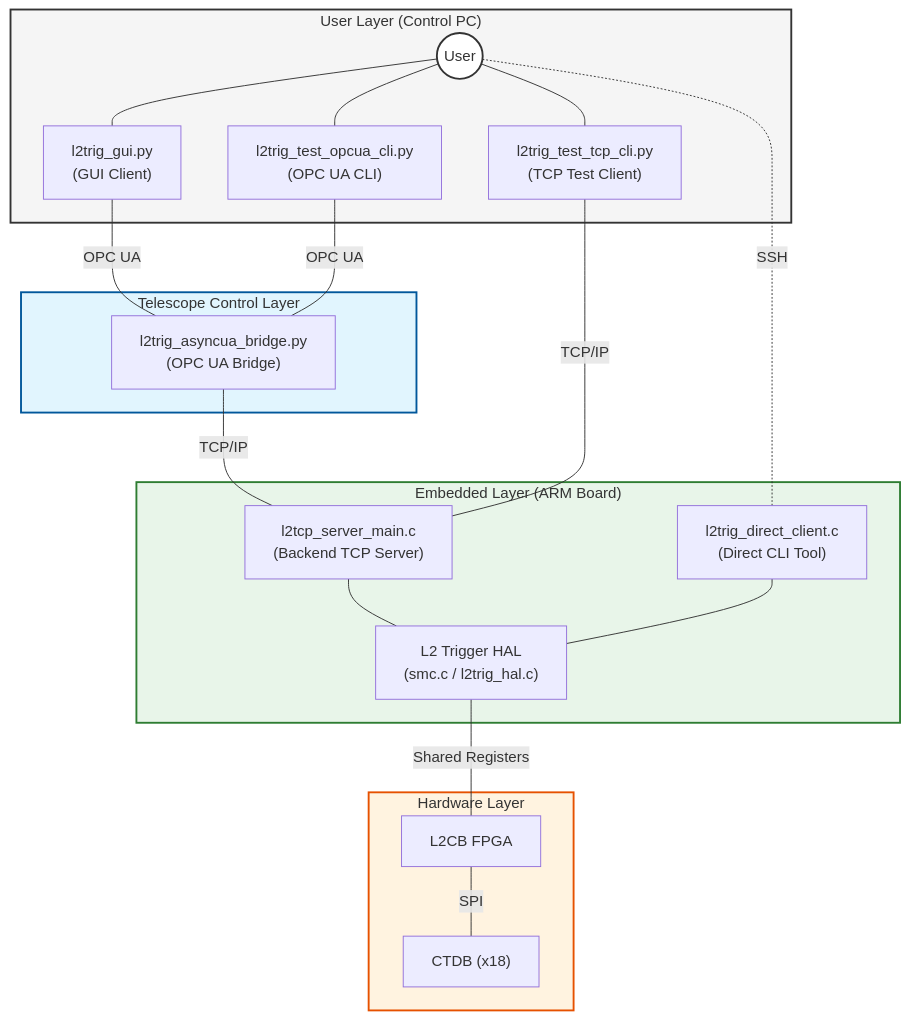
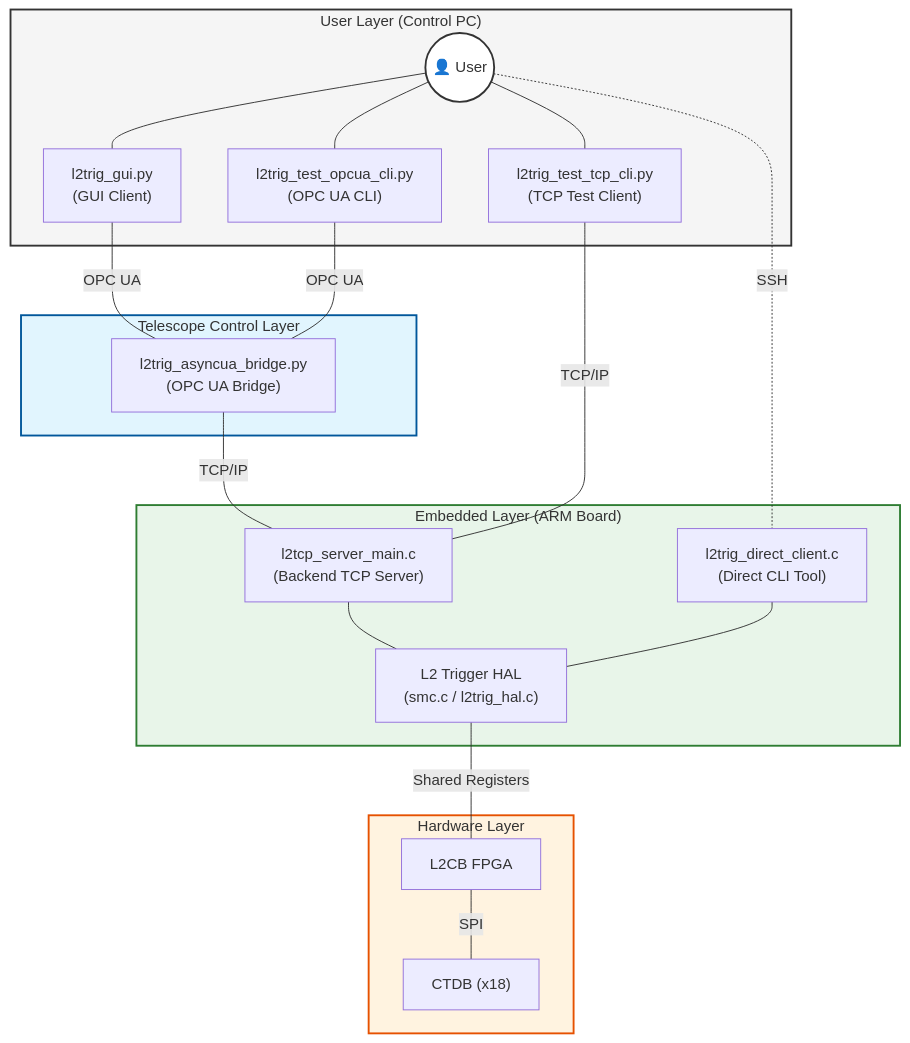
One commit to sfegan/nectarcam_dtc_opcua changed the diagram in assets/README.md. Above: the diagram before and after it, drawn with Mermaid. The commit also changed 2 other files, not shown here.

Commit message:
Update readme with new flowchart

````diff
--- a/assets/README.md
+++ b/assets/README.md
@@ -9,47 +9,47 @@
 ```mermaid
 graph TD
     subgraph UserLayer ["User Layer (Control PC)"]
-        User((User))
+        User(("👤 User"))
         GUI["l2trig_gui.py<br/>(GUI Client)"]
         OPC_CLI["l2trig_test_opcua_cli.py<br/>(OPC UA CLI)"]
         TCP_CLI["l2trig_test_tcp_cli.py<br/>(TCP Test Client)"]
     end
 
     subgraph ControlLayer ["Telescope Control Layer"]
         Bridge["l2trig_asyncua_bridge.py<br/>(OPC UA Bridge)"]
     end
 
     subgraph EmbeddedLayer ["Embedded Layer (ARM Board)"]
         Backend["l2tcp_server_main.c<br/>(Backend TCP Server)"]
         DirectCLI["l2trig_direct_client.c<br/>(Direct CLI Tool)"]
         HAL["L2 Trigger HAL<br/>(smc.c / l2trig_hal.c)"]
     end
 
     subgraph HardwareLayer ["Hardware Layer"]
         L2CB["L2CB FPGA"]
         CTDB["CTDB (x18)"]
     end
 
     User --- GUI
     User --- OPC_CLI
     User --- TCP_CLI
     User -.-|SSH| DirectCLI
 
     GUI ---|OPC UA| Bridge
     OPC_CLI ---|OPC UA| Bridge
     Bridge ---|TCP/IP| Backend
     TCP_CLI ---|TCP/IP| Backend
 
     Backend --- HAL
     DirectCLI --- HAL
     
     HAL ---|Shared Registers| L2CB
     L2CB ---|SPI| CTDB
 
     %% Styling
     style UserLayer fill:#f5f5f5,stroke:#333,stroke-width:2px
     style ControlLayer fill:#e1f5fe,stroke:#01579b,stroke-width:2px
     style EmbeddedLayer fill:#e8f5e9,stroke:#2e7d32,stroke-width:2px
     style HardwareLayer fill:#fff3e0,stroke:#e65100,stroke-width:2px
     style User fill:#ffffff,stroke:#333,stroke-width:2px
 ```
````
